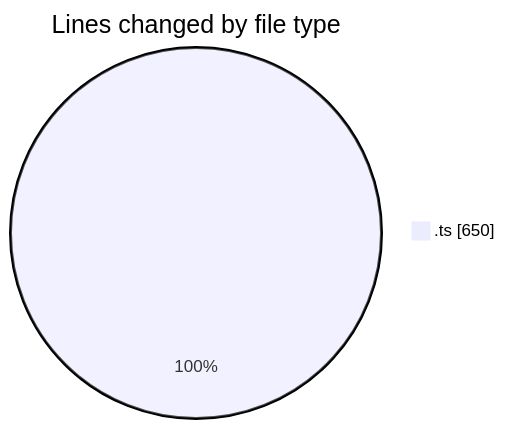
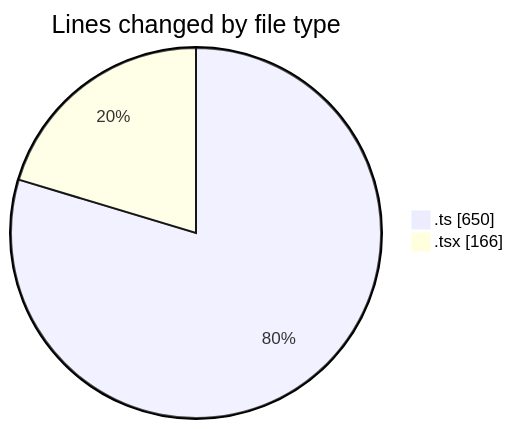
The first of 2 diagrams in 2025-01-27/nre-mbc-frontend/README.md (robertbonfada/code-tracking), drawn with Mermaid before and after one commit. The commit also changed other lines of this file and 1 other file, not shown here.

````diff
--- a/2025-01-27/nre-mbc-frontend/README.md
+++ b/2025-01-27/nre-mbc-frontend/README.md
@@ -20,5 +21,6 @@
 ```mermaid
 pie showData
 title Lines changed by file type
 ".ts" : 650
+".tsx" : 166
 ```
````
